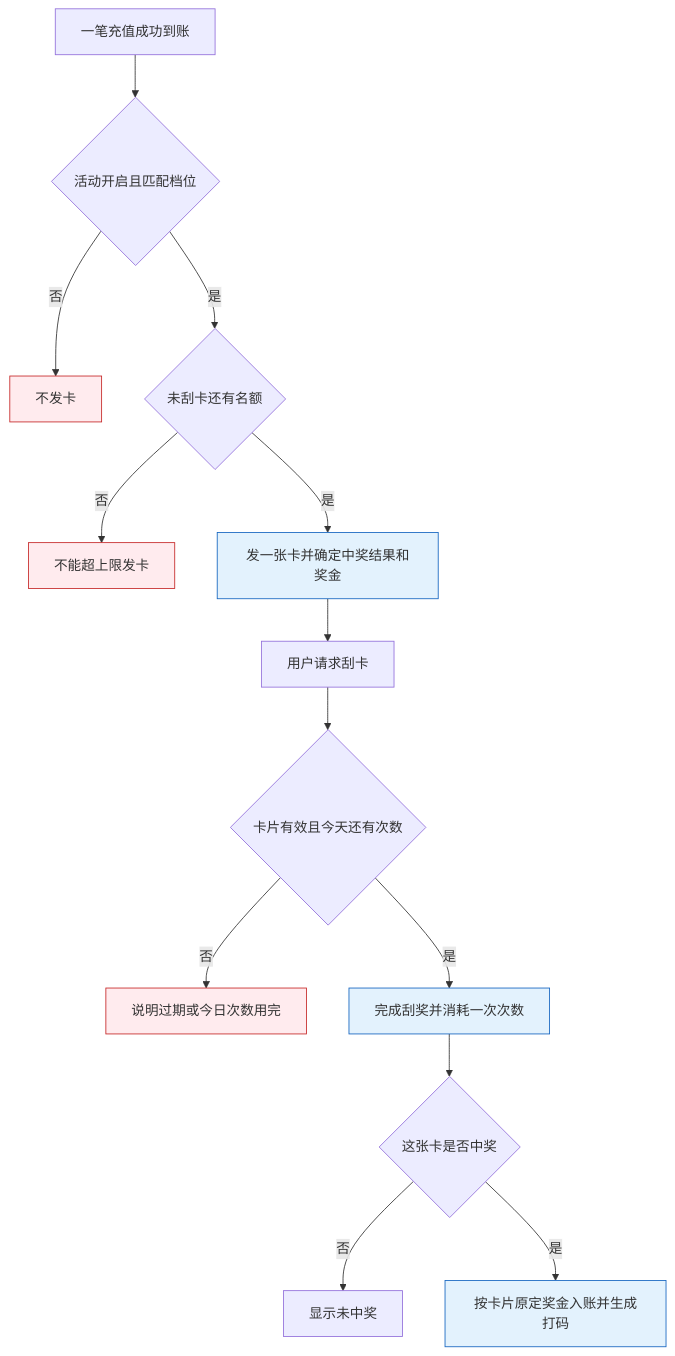
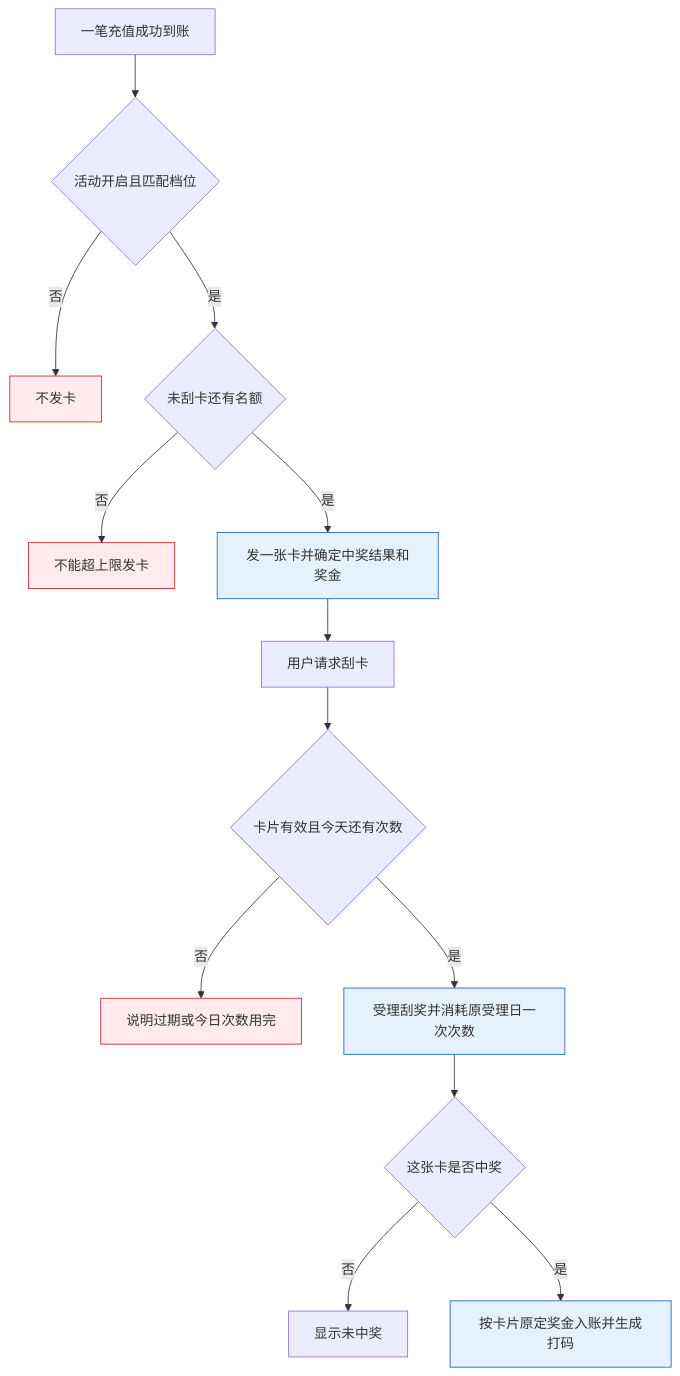
The diagram in M4-活动管理/4.4-刮刮乐/README.md (bingo-lab-1/bingo-figma), drawn with Mermaid before and after one commit. The commit also changed other lines of this file and 18 other files, not shown here.

````diff
--- a/M4-活动管理/4.4-刮刮乐/README.md
+++ b/M4-活动管理/4.4-刮刮乐/README.md
@@ -111,19 +111,19 @@
 ```mermaid
 flowchart TD
     A[一笔充值成功到账] --> B{活动开启且匹配档位}
     B -->|否| C[不发卡]
     B -->|是| D{未刮卡还有名额}
     D -->|否| E[不能超上限发卡]
     D -->|是| F[发一张卡并确定中奖结果和奖金]
     F --> G[用户请求刮卡]
     G --> H{卡片有效且今天还有次数}
     H -->|否| I[说明过期或今日次数用完]
-    H -->|是| J[完成刮奖并消耗一次次数]
+    H -->|是| J[受理刮奖并消耗原受理日一次次数]
     J --> K{这张卡是否中奖}
     K -->|否| L[显示未中奖]
     K -->|是| M[按卡片原定奖金入账并生成打码]
     classDef normal fill:#E3F2FD,stroke:#1565C0
     classDef stop fill:#FFEBEE,stroke:#C62828
     class F,J,M normal
     class C,E,I stop
 ```
````
